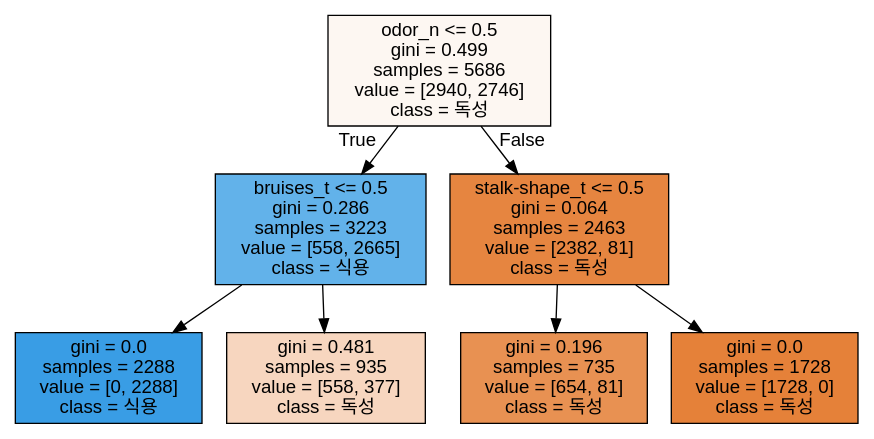
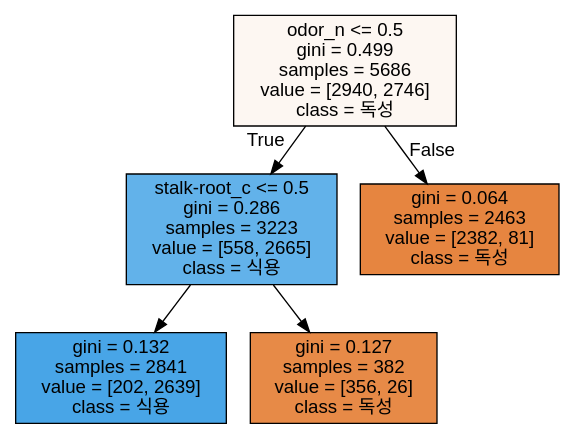
Before and after one commit to hongjinkong/study: the diagram in machine learning/data/tree5.dot, drawn with Graphviz. The commit also changed 13 other files, not shown here.

```diff
--- a/machine learning/data/tree5.dot
+++ b/machine learning/data/tree5.dot
@@ -1,17 +1,13 @@
 digraph Tree {
 node [shape=box, style="filled", color="black", fontname="helvetica"] ;
 edge [fontname="helvetica"] ;
 0 [label="odor_n <= 0.5\ngini = 0.499\nsamples = 5686\nvalue = [2940, 2746]\nclass = 독성", fillcolor="#fdf7f2"] ;
-1 [label="bruises_t <= 0.5\ngini = 0.286\nsamples = 3223\nvalue = [558, 2665]\nclass = 식용", fillcolor="#62b2ea"] ;
+1 [label="stalk-root_c <= 0.5\ngini = 0.286\nsamples = 3223\nvalue = [558, 2665]\nclass = 식용", fillcolor="#62b2ea"] ;
 0 -> 1 [labeldistance=2.5, labelangle=45, headlabel="True"] ;
-2 [label="gini = 0.0\nsamples = 2288\nvalue = [0, 2288]\nclass = 식용", fillcolor="#399de5"] ;
+2 [label="gini = 0.132\nsamples = 2841\nvalue = [202, 2639]\nclass = 식용", fillcolor="#48a5e7"] ;
 1 -> 2 ;
-3 [label="gini = 0.481\nsamples = 935\nvalue = [558, 377]\nclass = 독성", fillcolor="#f7d6bf"] ;
+3 [label="gini = 0.127\nsamples = 382\nvalue = [356, 26]\nclass = 독성", fillcolor="#e78a47"] ;
 1 -> 3 ;
-4 [label="stalk-shape_t <= 0.5\ngini = 0.064\nsamples = 2463\nvalue = [2382, 81]\nclass = 독성", fillcolor="#e68540"] ;
+4 [label="gini = 0.064\nsamples = 2463\nvalue = [2382, 81]\nclass = 독성", fillcolor="#e68540"] ;
 0 -> 4 [labeldistance=2.5, labelangle=-45, headlabel="False"] ;
-5 [label="gini = 0.196\nsamples = 735\nvalue = [654, 81]\nclass = 독성", fillcolor="#e89152"] ;
-4 -> 5 ;
-6 [label="gini = 0.0\nsamples = 1728\nvalue = [1728, 0]\nclass = 독성", fillcolor="#e58139"] ;
-4 -> 6 ;
 }
```
